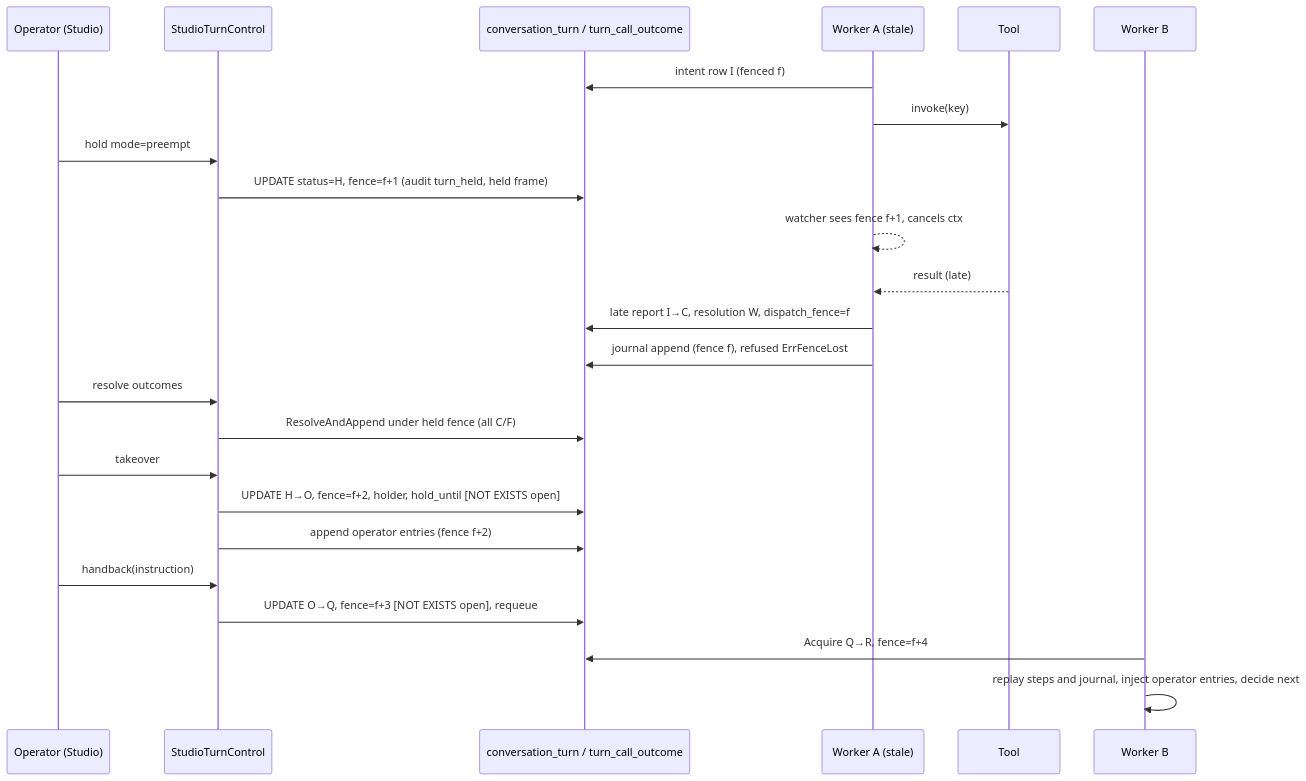
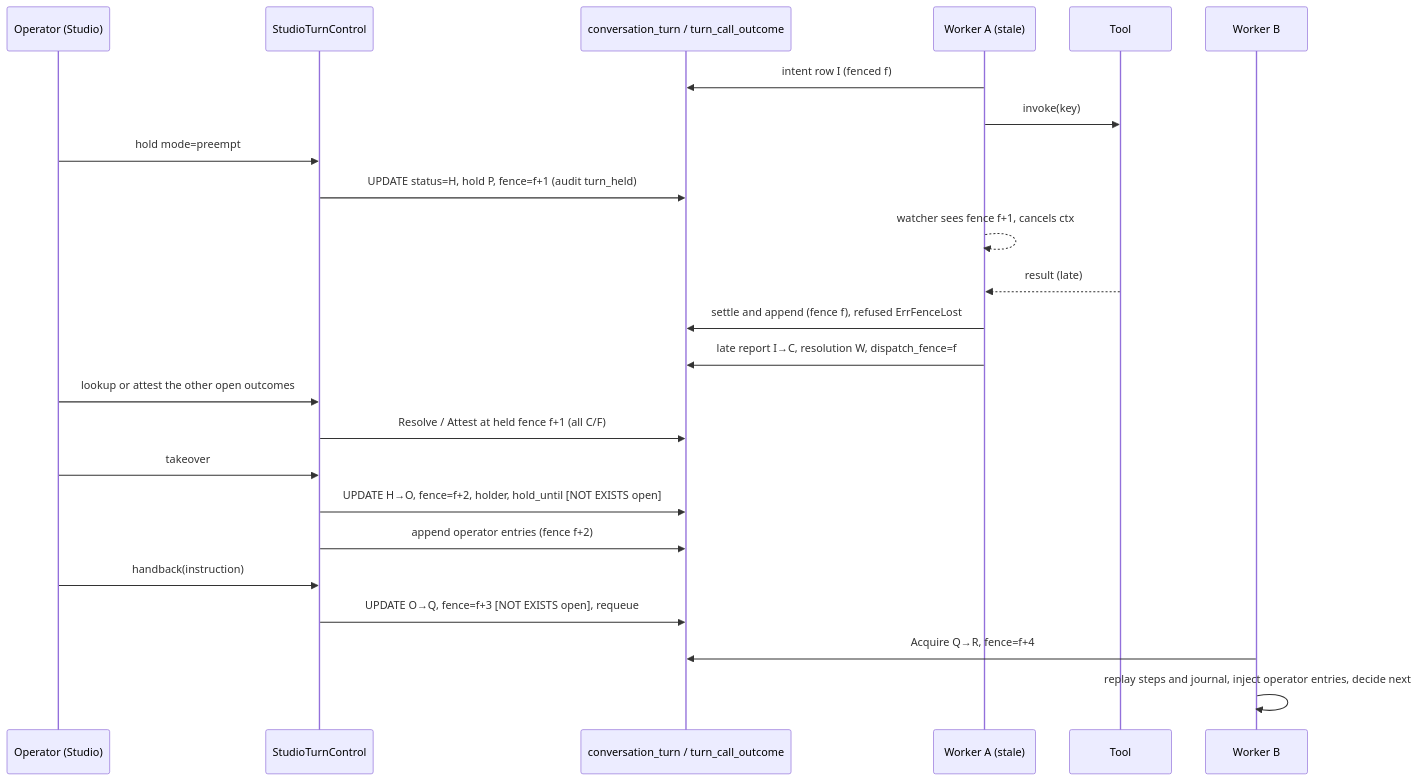
The second of 2 diagrams in doc/turn_takeover.md (nauticana/scout), drawn with Mermaid before and after one commit. The commit also changed other lines of this file and 110 other files, not shown here.

````diff
--- a/doc/turn_takeover.md
+++ b/doc/turn_takeover.md
@@ -218,26 +235,26 @@
 ```mermaid
 sequenceDiagram
     participant Op as Operator (Studio)
     participant TC as StudioTurnControl
     participant DB as conversation_turn / turn_call_outcome
     participant W1 as Worker A (stale)
     participant Tool
     participant W2 as Worker B
     W1->>DB: intent row I (fenced f)
     W1->>Tool: invoke(key)
     Op->>TC: hold mode=preempt
-    TC->>DB: UPDATE status=H, fence=f+1 (audit turn_held, held frame)
+    TC->>DB: UPDATE status=H, hold P, fence=f+1 (audit turn_held)
     W1-->>W1: watcher sees fence f+1, cancels ctx
     Tool-->>W1: result (late)
+    W1->>DB: settle and append (fence f), refused ErrFenceLost
     W1->>DB: late report I→C, resolution W, dispatch_fence=f
-    W1->>DB: journal append (fence f), refused ErrFenceLost
-    Op->>TC: resolve outcomes
-    TC->>DB: ResolveAndAppend under held fence (all C/F)
+    Op->>TC: lookup or attest the other open outcomes
+    TC->>DB: Resolve / Attest at held fence f+1 (all C/F)
     Op->>TC: takeover
     TC->>DB: UPDATE H→O, fence=f+2, holder, hold_until [NOT EXISTS open]
     TC->>DB: append operator entries (fence f+2)
     Op->>TC: handback(instruction)
     TC->>DB: UPDATE O→Q, fence=f+3 [NOT EXISTS open], requeue
     W2->>DB: Acquire Q→R, fence=f+4
     W2->>W2: replay steps and journal, inject operator entries, decide next
 ```
````
